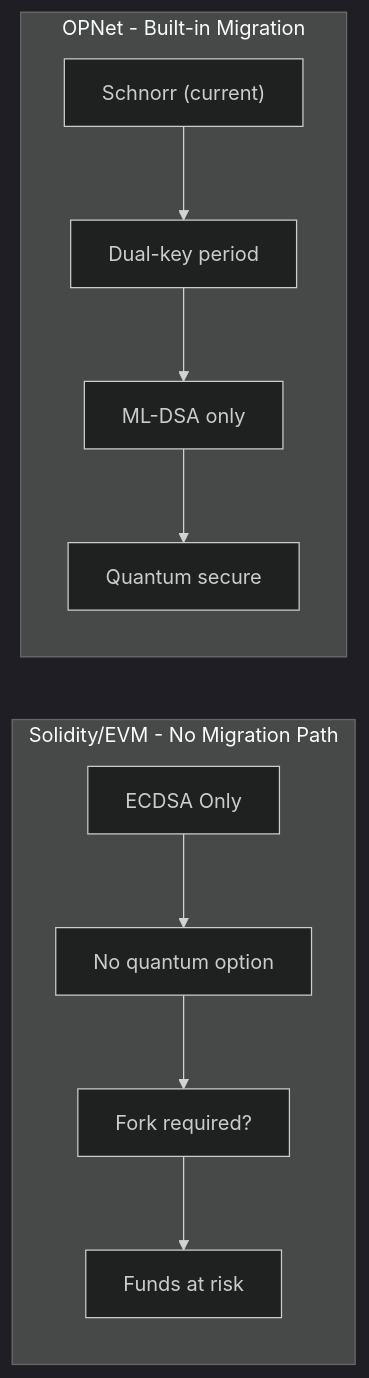
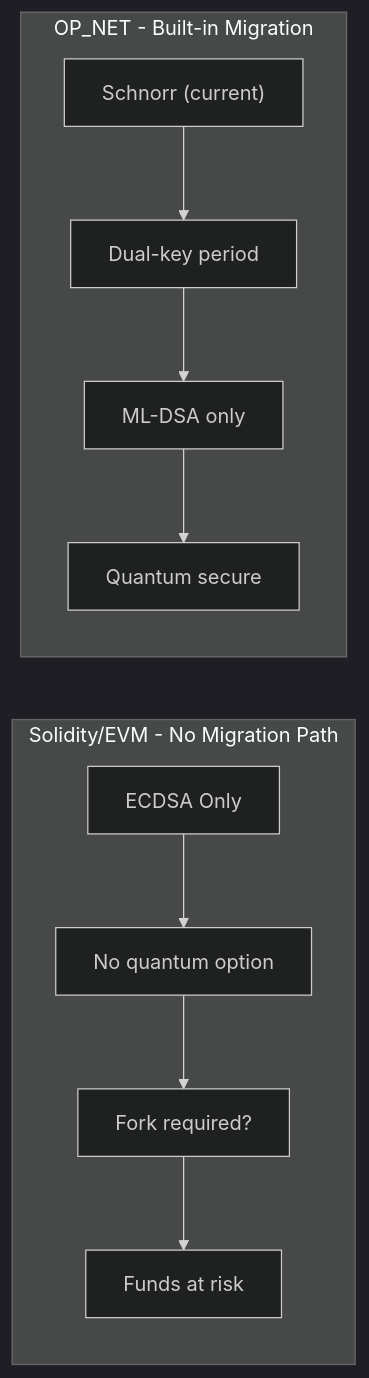
One commit to btc-vision/btc-runtime changed the fifth of 5 diagrams in docs/advanced/quantum-resistance.md. Above: the diagram before and after it, drawn with Mermaid. The commit also changed other lines of this file and 46 other files, not shown here.

Commit message:
Change OPNet to OP_NET

````diff
--- a/docs/advanced/quantum-resistance.md
+++ b/docs/advanced/quantum-resistance.md
@@ -502,18 +502,18 @@
 ```mermaid
 ---
 config:
   theme: dark
 ---
 flowchart LR
     subgraph Solidity["Solidity/EVM - No Migration Path"]
         S1["ECDSA Only"] --> S2["No quantum option"]
         S2 --> S3["Fork required?"]
         S3 --> S4["Funds at risk"]
     end
 
-    subgraph OPNet["OPNet - Built-in Migration"]
+    subgraph OP_NET["OP_NET - Built-in Migration"]
         O1["Schnorr (current)"] --> O2["Dual-key period"]
         O2 --> O3["ML-DSA only"]
         O3 --> O4["Quantum secure"]
     end
 ```
````
